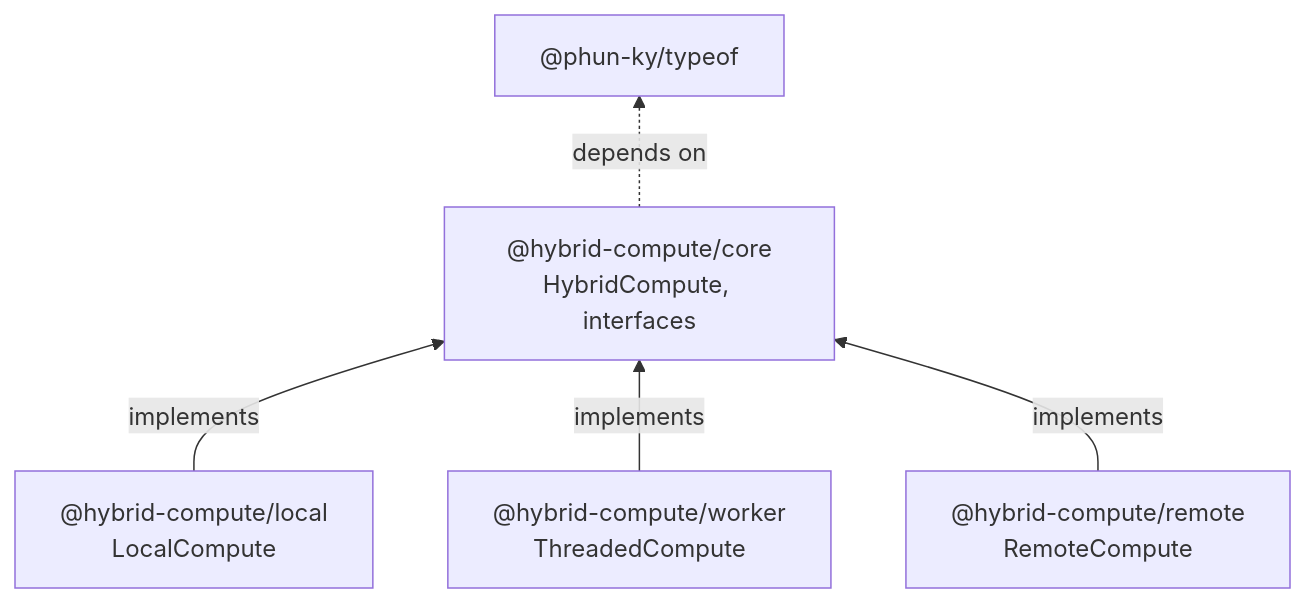
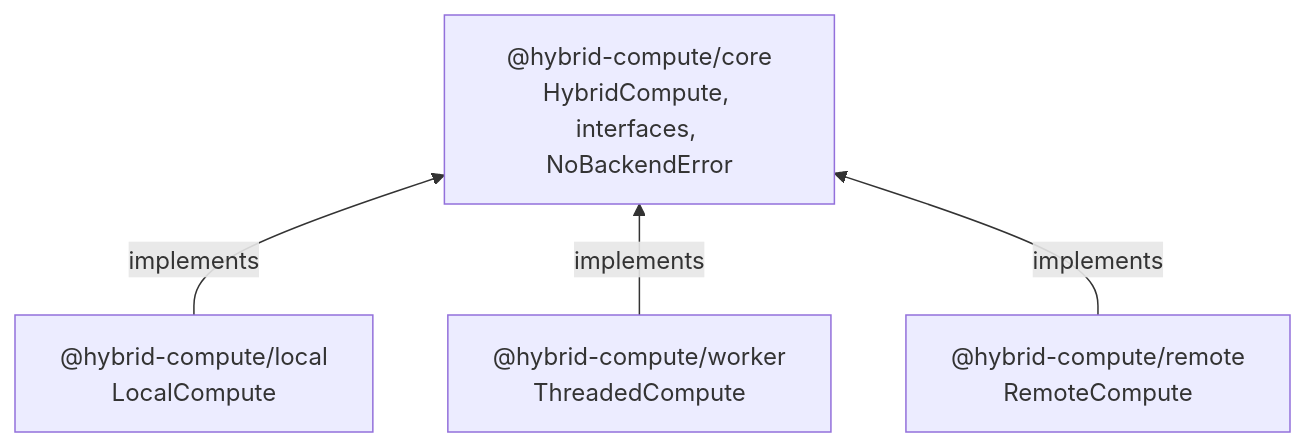
Before and after one commit to phun-ky/hybrid-compute: the first of 4 diagrams in README.md, drawn with Mermaid. The commit also changed other lines of this file and 9 other files, not shown here.

First line of the commit message:
docs: ✏️ describe core's validation, canRun rule and NoBackendError

````diff
--- a/README.md
+++ b/README.md
@@ -390,7 +390,7 @@
 ```mermaid
 flowchart BT
   Local["@hybrid-compute/local<br/>LocalCompute"] -->|implements| Core
   Worker["@hybrid-compute/worker<br/>ThreadedCompute"] -->|implements| Core
   Remote["@hybrid-compute/remote<br/>RemoteCompute"] -->|implements| Core
-  Core["@hybrid-compute/core<br/>HybridCompute, interfaces"] -.->|depends on| Typeof["@phun-ky/typeof"]
+  Core["@hybrid-compute/core<br/>HybridCompute, interfaces, NoBackendError"]
 ```
````
